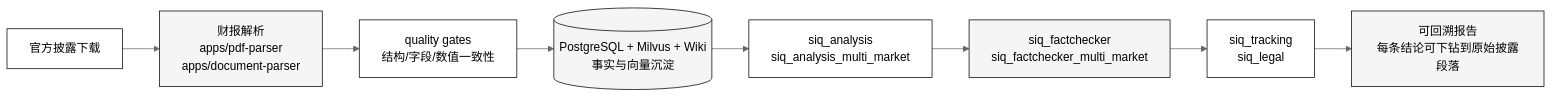
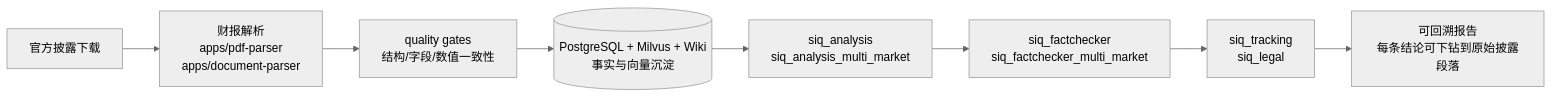
The diagram in docs/site/architecture/secondary-market.md (maoyadongsh/siq-research-engine), drawn with Mermaid (neutral theme) before and after one commit. The commit also changed 5 other files, not shown here.

First line of the commit message:
docs: make mermaid diagrams theme-aware for dark mode

````diff
--- a/docs/site/architecture/secondary-market.md
+++ b/docs/site/architecture/secondary-market.md
@@ -20,19 +20,11 @@
 ```mermaid
 graph LR
     A[官方披露下载] --> B[财报解析<br/>apps/pdf-parser<br/>apps/document-parser]
     B --> C[quality gates<br/>结构/字段/数值一致性]
     C --> D[(PostgreSQL + Milvus + Wiki<br/>事实与向量沉淀)]
     D --> E[siq_analysis<br/>siq_analysis_multi_market]
     E --> F[siq_factchecker<br/>siq_factchecker_multi_market]
     F --> G[siq_tracking<br/>siq_legal]
     G --> H[可回溯报告<br/>每条结论可下钻到原始披露段落]
 
-    style A fill:#fff,stroke:#000,color:#000
-    style B fill:#f5f5f5,stroke:#000,color:#000
-    style C fill:#fff,stroke:#000,color:#000
-    style D fill:#f5f5f5,stroke:#000,color:#000
-    style E fill:#fff,stroke:#000,color:#000
-    style F fill:#f5f5f5,stroke:#000,color:#000
-    style G fill:#fff,stroke:#000,color:#000
-    style H fill:#f5f5f5,stroke:#000,color:#000
 ```
````
